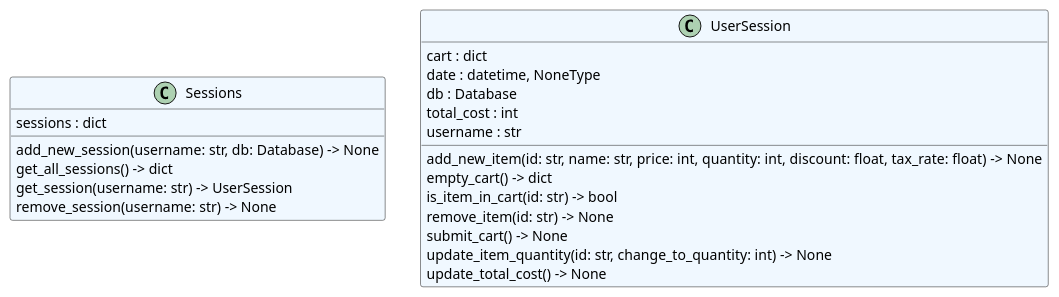
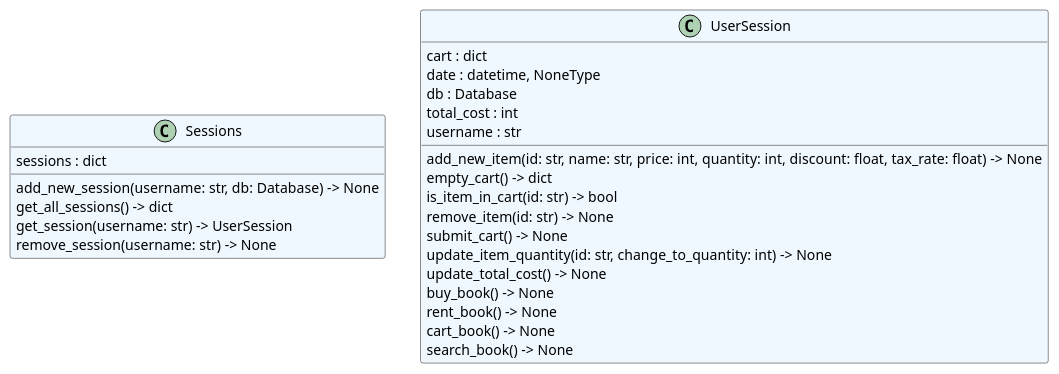
The diagram in core/classes.puml (StephenButters13/onlineStore), drawn with PlantUML before and after one commit. The commit also changed 1 other file, not shown here.

```diff
--- a/core/classes.puml
+++ b/core/classes.puml
@@ -1,24 +1,28 @@
 @startuml classes
 set namespaceSeparator none
 class "Sessions" as core.session.Sessions #aliceblue {
   sessions : dict
   add_new_session(username: str, db: Database) -> None
   get_all_sessions() -> dict
   get_session(username: str) -> UserSession
   remove_session(username: str) -> None
 }
 class "UserSession" as core.session.UserSession #aliceblue {
   cart : dict
   date : datetime, NoneType
   db : Database
   total_cost : int
   username : str
   add_new_item(id: str, name: str, price: int, quantity: int, discount: float, tax_rate: float) -> None
   empty_cart() -> dict
   is_item_in_cart(id: str) -> bool
   remove_item(id: str) -> None
   submit_cart() -> None
   update_item_quantity(id: str, change_to_quantity: int) -> None
   update_total_cost() -> None
+  buy_book() -> None
+  rent_book() -> None
+  cart_book() -> None
+  search_book() -> None
 }
 @enduml
```
